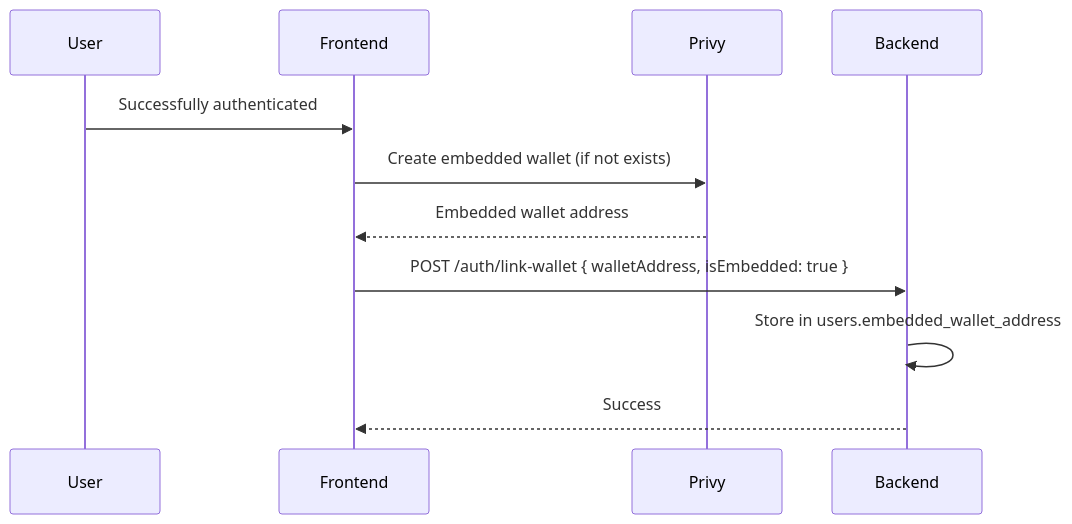
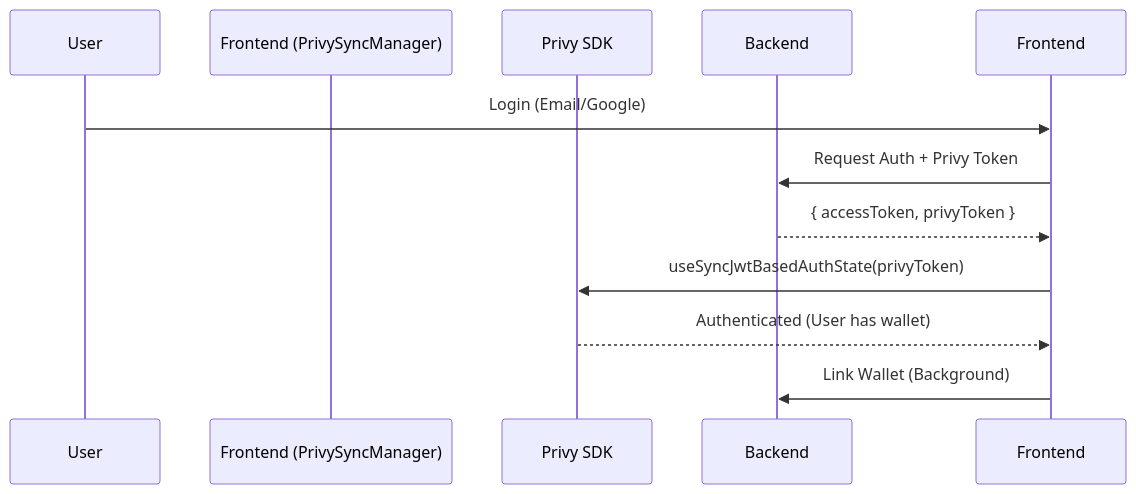
The fifth of 5 diagrams in doc/04-Authentication-Security.md (slzyoung/SeniQu), drawn with Mermaid before and after one commit. The commit also changed other lines of this file and 38 other files, not shown here.

````diff
--- a/doc/04-Authentication-Security.md
+++ b/doc/04-Authentication-Security.md
@@ -165,14 +169,14 @@
 ```mermaid
 sequenceDiagram
     participant User
-    participant Frontend
-    participant Privy
+    participant Frontend (PrivySyncManager)
+    participant Privy SDK
     participant Backend
 
-    User->>Frontend: Successfully authenticated
-    Frontend->>Privy: Create embedded wallet (if not exists)
-    Privy-->>Frontend: Embedded wallet address
-    Frontend->>Backend: POST /auth/link-wallet { walletAddress, isEmbedded: true }
-    Backend->>Backend: Store in users.embedded_wallet_address
-    Backend-->>Frontend: Success
+    User->>Frontend: Login (Email/Google)
+    Frontend->>Backend: Request Auth + Privy Token
+    Backend-->>Frontend: { accessToken, privyToken }
+    Frontend->>Privy SDK: useSyncJwtBasedAuthState(privyToken)
+    Privy SDK-->>Frontend: Authenticated (User has wallet)
+    Frontend->>Backend: Link Wallet (Background)
 ```
````
